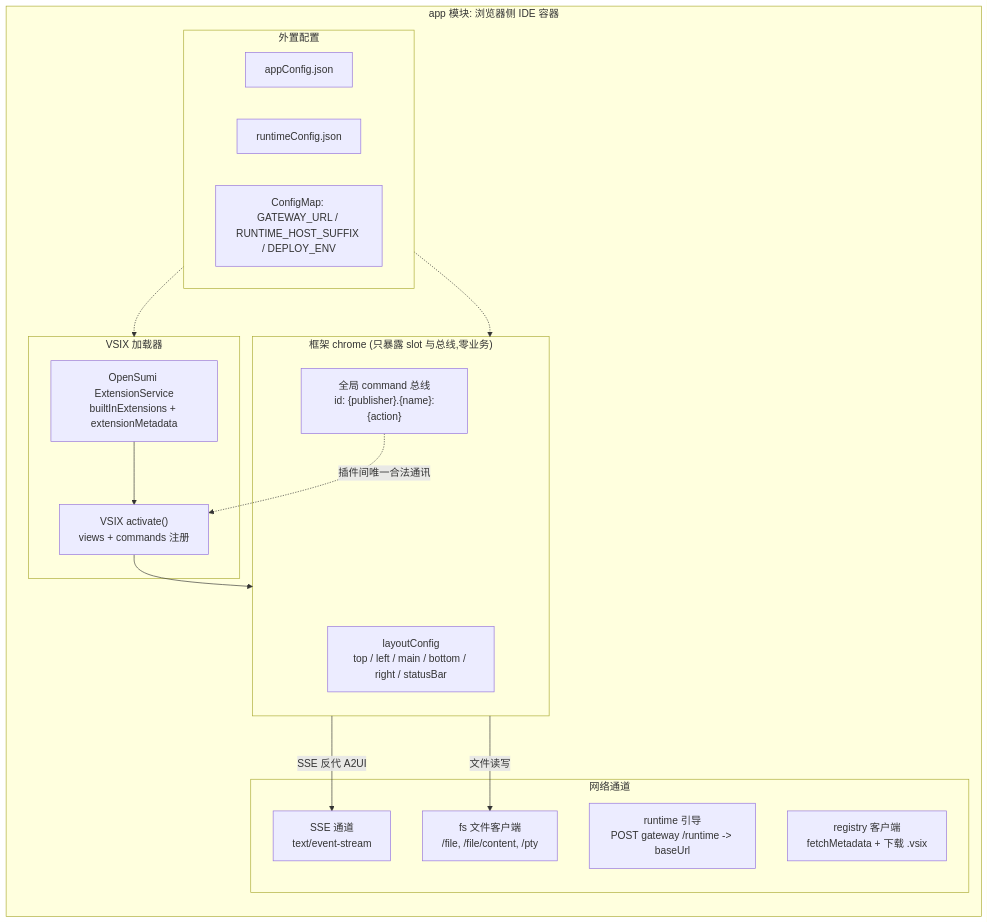
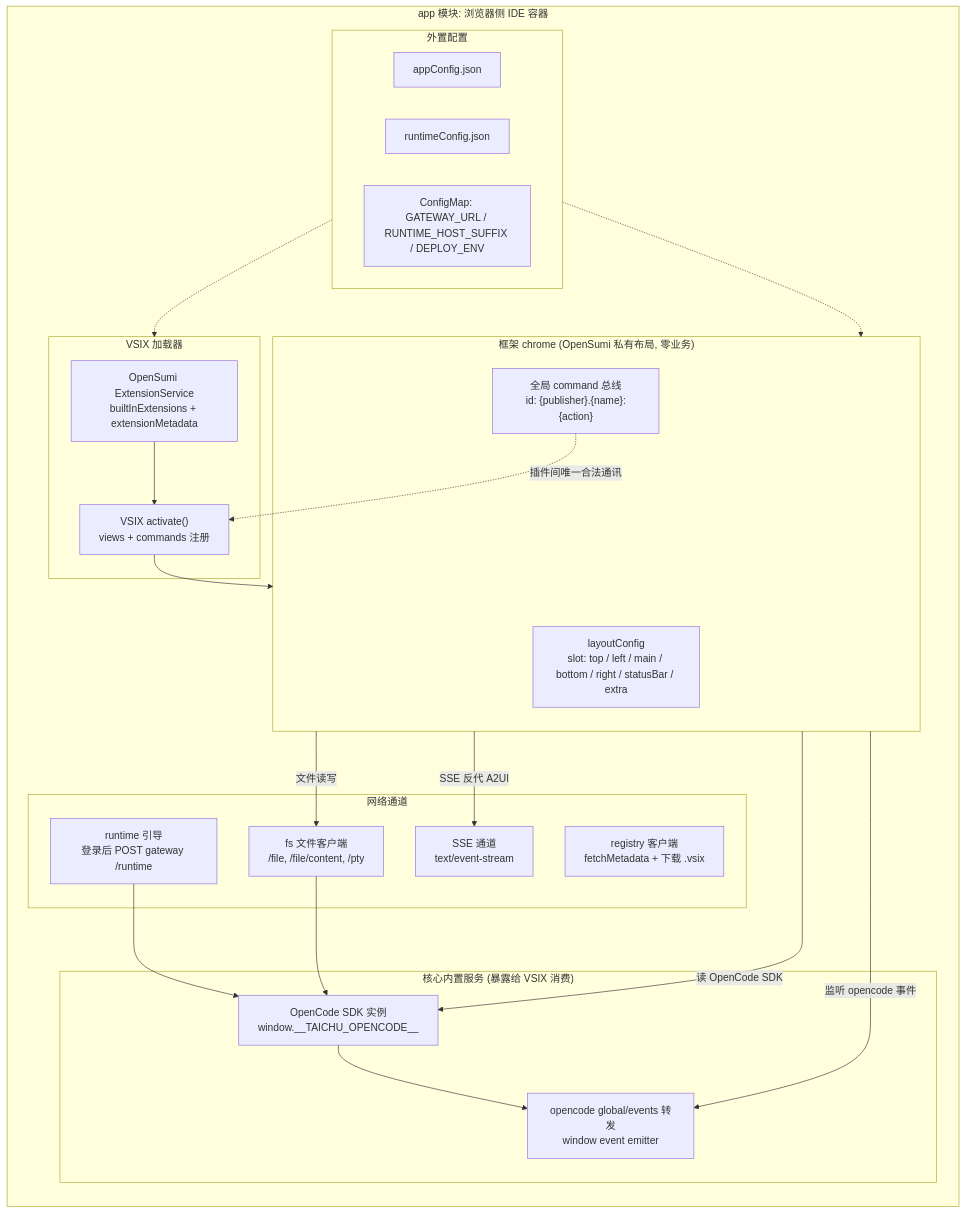
The second of 9 diagrams in 架构设计.md (weizuxiao911/honghuang), drawn with Mermaid before and after one commit. The commit also changed other lines of this file and 1 other file, not shown here.

First line of the commit message:
docs(功能/架构): 区分 VSIX 标准与 OpenSumi 私有扩展点

````diff
--- a/架构设计.md
+++ b/架构设计.md
@@ -71,36 +77,46 @@
 ```mermaid
 flowchart TB
     subgraph app["app 模块: 浏览器侧 IDE 容器"]
       direction TB
 
-      subgraph chrome["框架 chrome (只暴露 slot 与总线,零业务)"]
-        layout["layoutConfig<br/>top / left / main / bottom / right / statusBar"]
+      subgraph chrome["框架 chrome (OpenSumi 私有布局, 零业务)"]
+        layout["layoutConfig<br/>slot: top / left / main / bottom / right / statusBar / extra"]
         cmdBus["全局 command 总线<br/>id: {publisher}.{name}:{action}"]
       end
 
       subgraph chan["网络通道"]
-        boot["runtime 引导<br/>POST gateway /runtime -> baseUrl"]
+        boot["runtime 引导<br/>登录后 POST gateway /runtime"]
         reg["registry 客户端<br/>fetchMetadata + 下载 .vsix"]
         fs["fs 文件客户端<br/>/file, /file/content, /pty"]
         sse["SSE 通道<br/>text/event-stream"]
+      end
+
+      subgraph core["核心内置服务 (暴露给 VSIX 消费)"]
+        opencode["OpenCode SDK 实例<br/>window.__TAICHU_OPENCODE__"]
+        eventbus["opencode global/events 转发<br/>window event emitter"]
       end
 
       subgraph loader["VSIX 加载器"]
         ext["OpenSumi ExtensionService<br/>builtInExtensions + extensionMetadata"]
         act["VSIX activate()<br/>views + commands 注册"]
       end
 
       subgraph cfg["外置配置"]
         appCfg["appConfig.json"]
         runCfg["runtimeConfig.json"]
         env["ConfigMap: GATEWAY_URL / RUNTIME_HOST_SUFFIX / DEPLOY_ENV"]
       end
 
+      boot --> opencode
+      fs --> opencode
+      opencode --> eventbus
       ext --> act --> chrome
       cmdBus -.->|插件间唯一合法通讯| act
       cfg -.-> chrome
       cfg -.-> loader
       chrome -->|SSE 反代 A2UI| sse
       chrome -->|文件读写| fs
+      chrome -->|读 OpenCode SDK| opencode
+      chrome -->|监听 opencode 事件| eventbus
     end
 ```
````
